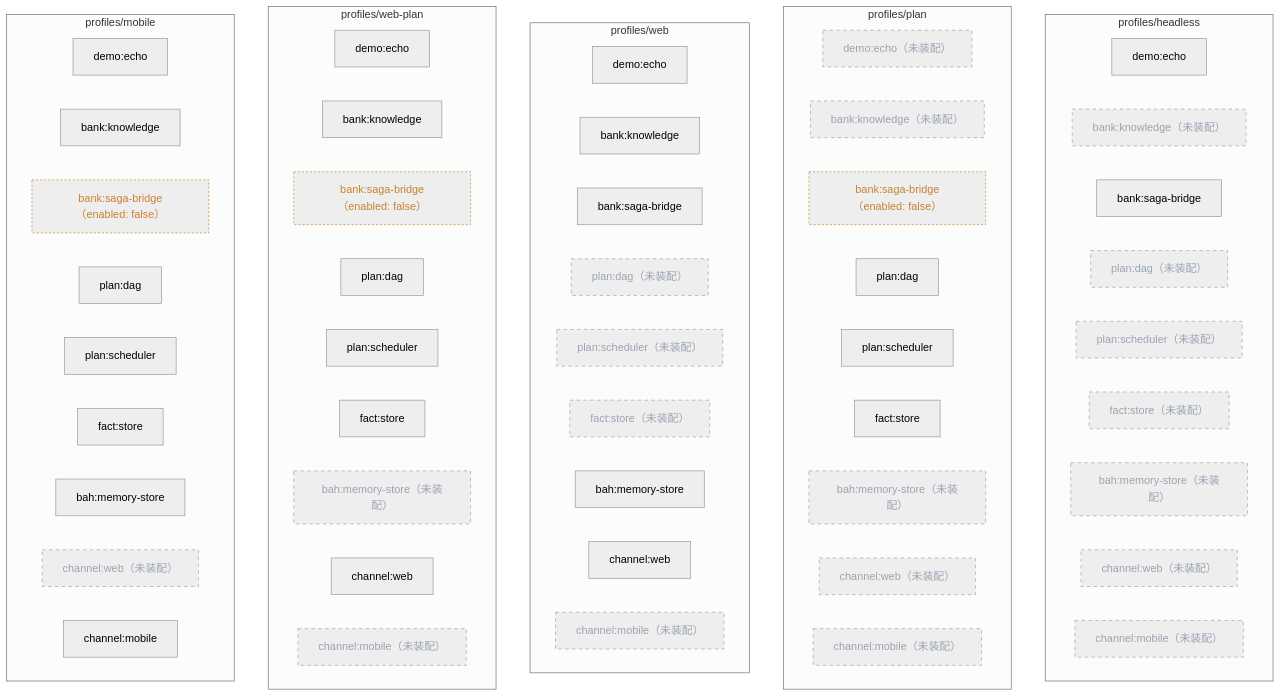
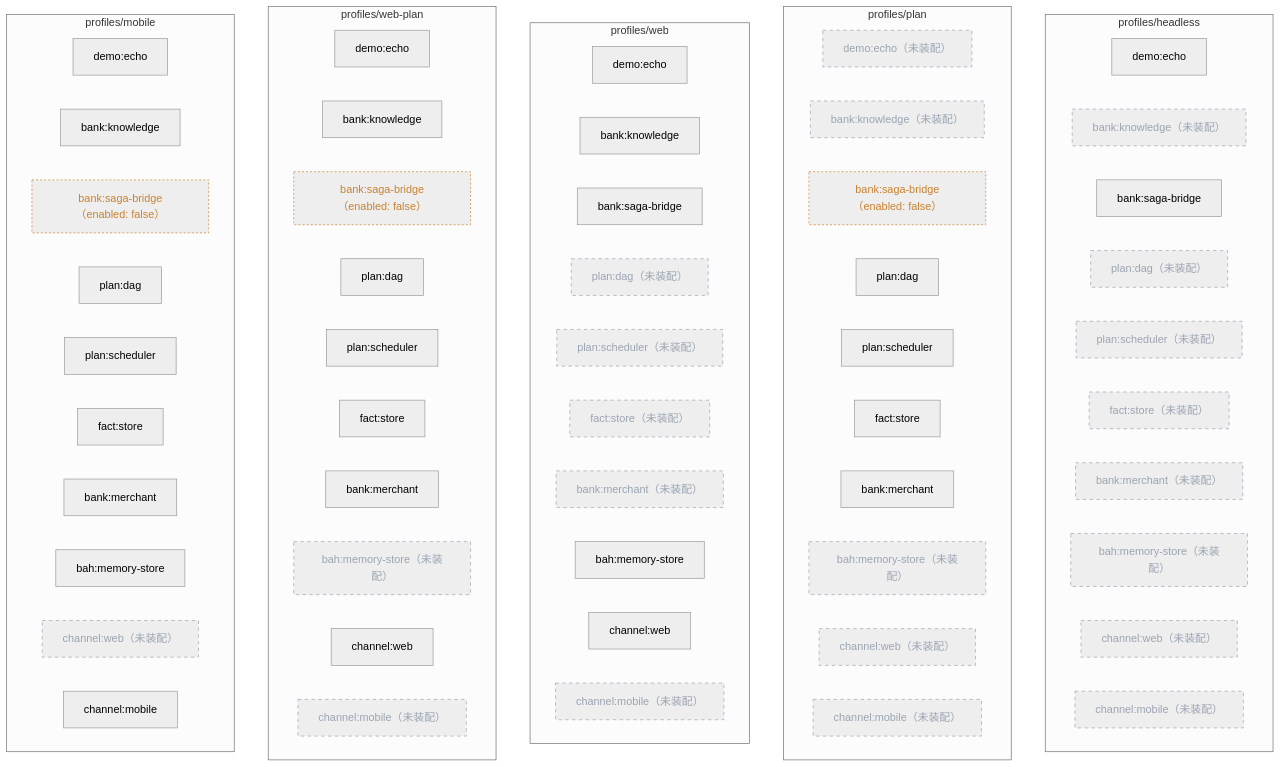
Before and after one commit to YYYPROBEE/BAH: the second of 2 diagrams in docs/architecture.md, drawn with Mermaid (neutral theme). The commit also changed other lines of this file and 18 other files, not shown here.

````diff
--- a/docs/architecture.md
+++ b/docs/architecture.md
@@ -205,62 +208,67 @@
 ```mermaid
 graph TB
   subgraph P_headless["profiles/headless"]
     p8_headless["demo:echo"]
     p11_headless["bank:knowledge（未装配）"]
     p19_headless["bank:saga-bridge"]
     p20_headless["plan:dag（未装配）"]
     p21_headless["plan:scheduler（未装配）"]
     p22_headless["fact:store（未装配）"]
-    p23_headless["bah:memory-store（未装配）"]
-    p26_headless["channel:web（未装配）"]
-    p27_headless["channel:mobile（未装配）"]
+    p23_headless["bank:merchant（未装配）"]
+    p24_headless["bah:memory-store（未装配）"]
+    p27_headless["channel:web（未装配）"]
+    p28_headless["channel:mobile（未装配）"]
   end
   subgraph P_plan["profiles/plan"]
     p8_plan["demo:echo（未装配）"]
     p11_plan["bank:knowledge（未装配）"]
     p19_plan["bank:saga-bridge（enabled: false）"]
     p20_plan["plan:dag"]
     p21_plan["plan:scheduler"]
     p22_plan["fact:store"]
-    p23_plan["bah:memory-store（未装配）"]
-    p26_plan["channel:web（未装配）"]
-    p27_plan["channel:mobile（未装配）"]
+    p23_plan["bank:merchant"]
+    p24_plan["bah:memory-store（未装配）"]
+    p27_plan["channel:web（未装配）"]
+    p28_plan["channel:mobile（未装配）"]
   end
   subgraph P_web["profiles/web"]
     p8_web["demo:echo"]
     p11_web["bank:knowledge"]
     p19_web["bank:saga-bridge"]
     p20_web["plan:dag（未装配）"]
     p21_web["plan:scheduler（未装配）"]
     p22_web["fact:store（未装配）"]
-    p23_web["bah:memory-store"]
-    p26_web["channel:web"]
-    p27_web["channel:mobile（未装配）"]
+    p23_web["bank:merchant（未装配）"]
+    p24_web["bah:memory-store"]
+    p27_web["channel:web"]
+    p28_web["channel:mobile（未装配）"]
   end
   subgraph P_web-plan["profiles/web-plan"]
     p8_web-plan["demo:echo"]
     p11_web-plan["bank:knowledge"]
     p19_web-plan["bank:saga-bridge（enabled: false）"]
     p20_web-plan["plan:dag"]
     p21_web-plan["plan:scheduler"]
     p22_web-plan["fact:store"]
-    p23_web-plan["bah:memory-store（未装配）"]
-    p26_web-plan["channel:web"]
-    p27_web-plan["channel:mobile（未装配）"]
+    p23_web-plan["bank:merchant"]
+    p24_web-plan["bah:memory-store（未装配）"]
+    p27_web-plan["channel:web"]
+    p28_web-plan["channel:mobile（未装配）"]
   end
   subgraph P_mobile["profiles/mobile"]
     p8_mobile["demo:echo"]
     p11_mobile["bank:knowledge"]
     p19_mobile["bank:saga-bridge（enabled: false）"]
     p20_mobile["plan:dag"]
     p21_mobile["plan:scheduler"]
     p22_mobile["fact:store"]
-    p23_mobile["bah:memory-store"]
-    p26_mobile["channel:web（未装配）"]
-    p27_mobile["channel:mobile"]
+    p23_mobile["bank:merchant"]
+    p24_mobile["bah:memory-store"]
+    p27_mobile["channel:web（未装配）"]
+    p28_mobile["channel:mobile"]
   end
   classDef ghost stroke-dasharray: 5 5,stroke:#9aa4b2,color:#9aa4b2
   classDef off stroke-dasharray: 3 3,stroke:#c9822f,color:#c9822f
-  class p11_headless,p20_headless,p21_headless,p22_headless,p23_headless,p26_headless,p27_headless,p8_plan,p11_plan,p23_plan,p26_plan,p27_plan,p20_web,p21_web,p22_web,p27_web,p23_web-plan,p27_web-plan,p26_mobile ghost
+  class p11_headless,p20_headless,p21_headless,p22_headless,p23_headless,p24_headless,p27_headless,p28_headless,p8_plan,p11_plan,p24_plan,p27_plan,p28_plan,p20_web,p21_web,p22_web,p23_web,p28_web,p24_web-plan,p28_web-plan,p27_mobile ghost
   class p19_plan,p19_web-plan,p19_mobile off
 ```
````
